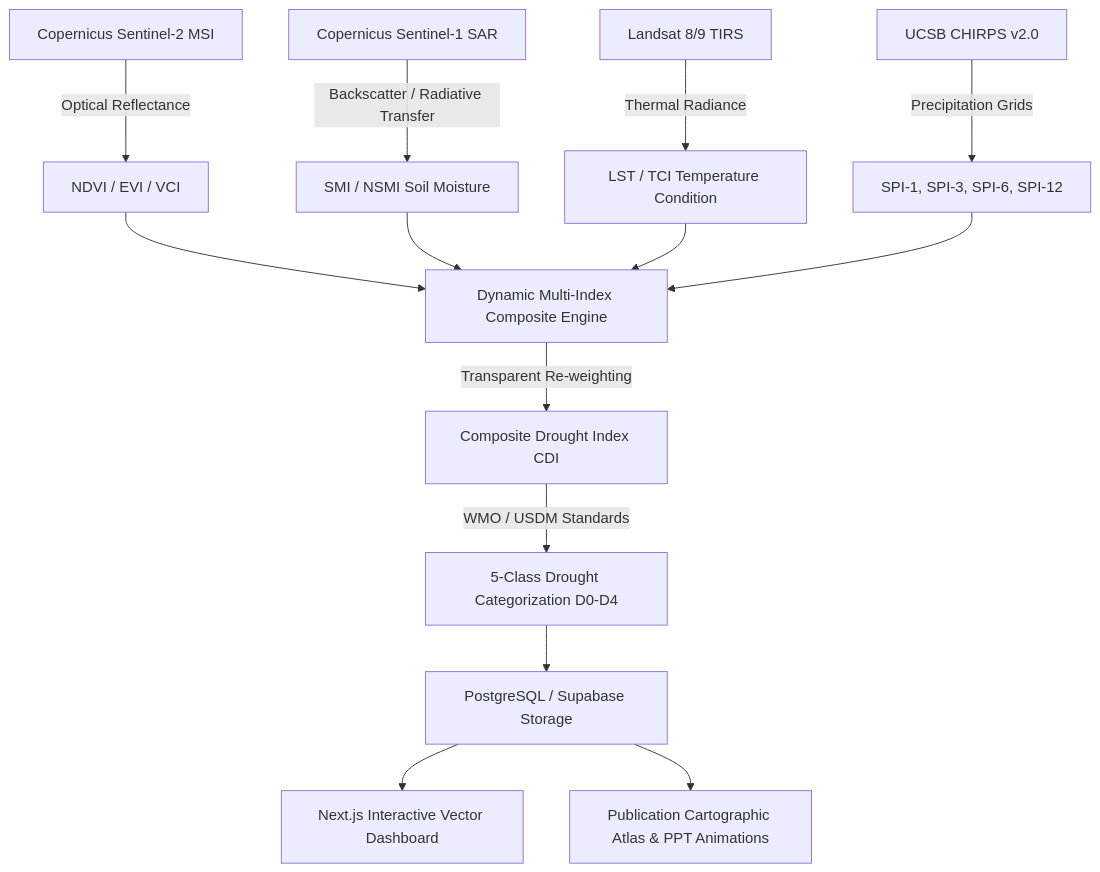
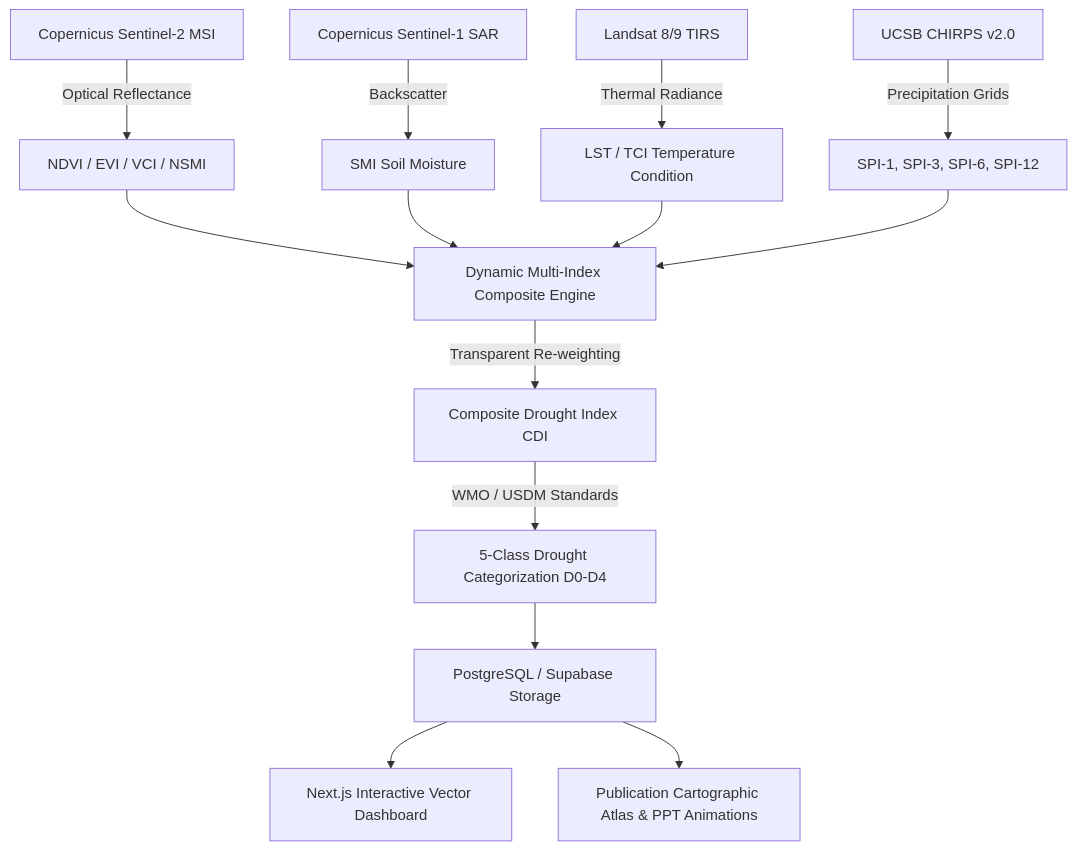
One commit to droughtprj2026-sketch/Latur-Drought changed the diagram in docs/index.md. Above: the diagram before and after it, drawn with Mermaid. The commit also changed 15 other files, not shown here.

````diff
--- a/docs/index.md
+++ b/docs/index.md
@@ -19,18 +19,18 @@
 ```mermaid
 graph TD
-    A[Copernicus Sentinel-2 MSI] -->|Optical Reflectance| D[NDVI / EVI / VCI]
-    B[Copernicus Sentinel-1 SAR] -->|Backscatter / Radiative Transfer| E[SMI / NSMI Soil Moisture]
+    A[Copernicus Sentinel-2 MSI] -->|Optical Reflectance| D[NDVI / EVI / VCI / NSMI]
+    B[Copernicus Sentinel-1 SAR] -->|Backscatter| E[SMI Soil Moisture]
     C[Landsat 8/9 TIRS] -->|Thermal Radiance| F[LST / TCI Temperature Condition]
     G[UCSB CHIRPS v2.0] -->|Precipitation Grids| H[SPI-1, SPI-3, SPI-6, SPI-12]
     
     D --> I[Dynamic Multi-Index Composite Engine]
     E --> I
     F --> I
     H --> I
     
     I -->|Transparent Re-weighting| J[Composite Drought Index CDI]
     J -->|WMO / USDM Standards| K[5-Class Drought Categorization D0-D4]
     K --> L[PostgreSQL / Supabase Storage]
     L --> M[Next.js Interactive Vector Dashboard]
     L --> N[Publication Cartographic Atlas & PPT Animations]
 ```
````
